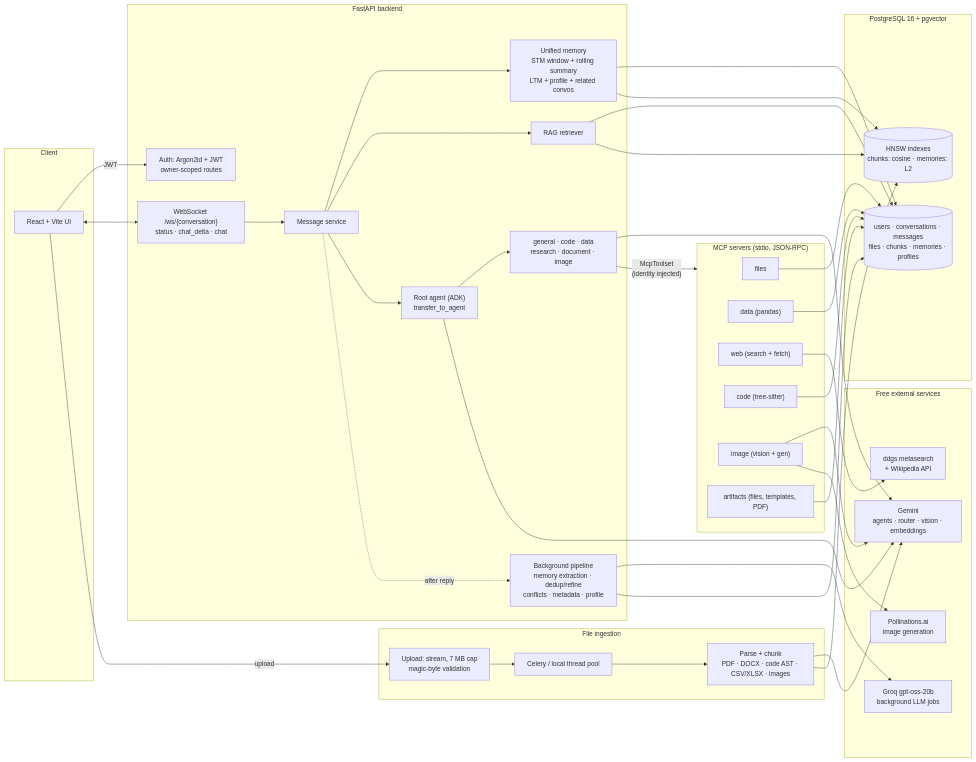
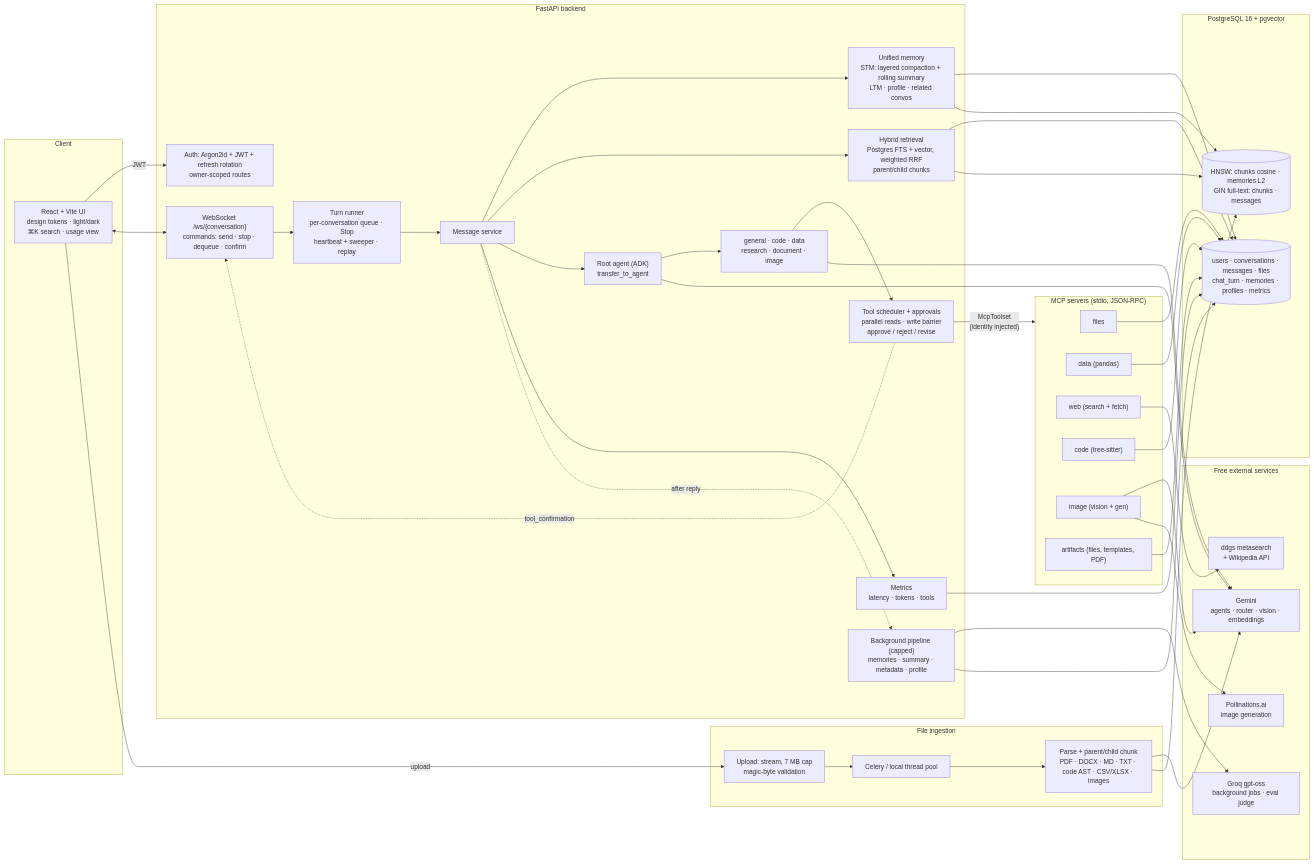
Before and after one commit to Het-Shukla-13/MCP-based-Multi-Agent-AI-System: the first of 2 diagrams in README.md, drawn with Mermaid. The commit also changed other lines of this file and 2 other files, not shown here.

Commit message:
Phase K docs: README (architecture, protocol, quotas, running, layout), frontend README, learning index 41-49

````diff
--- a/README.md
+++ b/README.md
@@ -11,62 +20,67 @@
 ```mermaid
 flowchart LR
     subgraph Client
-        UI["React + Vite UI"]
+        UI["React + Vite UI<br/>design tokens · light/dark<br/>⌘K search · usage view"]
     end
 
     subgraph API["FastAPI backend"]
-        AUTH["Auth: Argon2id + JWT<br/>owner-scoped routes"]
-        WS["WebSocket /ws/{conversation}<br/>status · chat_delta · chat"]
+        AUTH["Auth: Argon2id + JWT + refresh rotation<br/>owner-scoped routes"]
+        WS["WebSocket /ws/{conversation}<br/>commands: send · stop · dequeue · confirm"]
+        TR["Turn runner<br/>per-conversation queue · Stop<br/>heartbeat + sweeper · replay"]
         MSG["Message service"]
-        MEM["Unified memory<br/>STM window + rolling summary<br/>LTM + profile + related convos"]
-        RAG["RAG retriever"]
+        MEM["Unified memory<br/>STM: layered compaction + rolling summary<br/>LTM · profile · related convos"]
+        RAG["Hybrid retrieval<br/>Postgres FTS + vector, weighted RRF<br/>parent/child chunks"]
         ROOT["Root agent (ADK)<br/>transfer_to_agent"]
         AGENTS["general · code · data<br/>research · document · image"]
-        BG["Background pipeline<br/>memory extraction · dedup/refine<br/>conflicts · metadata · profile"]
+        SCHED["Tool scheduler + approvals<br/>parallel reads · write barrier<br/>approve / reject / revise"]
+        MET["Metrics<br/>latency · tokens · tools"]
+        BG["Background pipeline (capped)<br/>memories · summary · metadata · profile"]
     end
 
     subgraph MCP["MCP servers (stdio, JSON-RPC)"]
         FILES["files"]
         DATA["data (pandas)"]
         WEB["web (search + fetch)"]
         CODE["code (tree-sitter)"]
         IMG["image (vision + gen)"]
         ART["artifacts (files, templates, PDF)"]
     end
 
     subgraph Ingest["File ingestion"]
         UP["Upload: stream, 7 MB cap<br/>magic-byte validation"]
         Q["Celery / local thread pool"]
-        PARSE["Parse + chunk<br/>PDF · DOCX · code AST · CSV/XLSX · images"]
+        PARSE["Parse + parent/child chunk<br/>PDF · DOCX · MD · TXT · code AST · CSV/XLSX · images"]
     end
 
     subgraph Store["PostgreSQL 16 + pgvector"]
-        DB[("users · conversations · messages<br/>files · chunks · memories · profiles")]
-        VEC[("HNSW indexes<br/>chunks: cosine · memories: L2")]
+        DB[("users · conversations · messages · files<br/>chat_turn · memories · profiles · metrics")]
+        VEC[("HNSW: chunks cosine · memories L2<br/>GIN full-text: chunks · messages")]
     end
 
     subgraph Ext["Free external services"]
         GEM["Gemini<br/>agents · router · vision · embeddings"]
-        GROQ["Groq gpt-oss-20b<br/>background LLM jobs"]
+        GROQ["Groq gpt-oss<br/>background jobs · eval judge"]
         DDG["ddgs metasearch<br/>+ Wikipedia API"]
         POL["Pollinations.ai<br/>image generation"]
     end
 
     UI -- "JWT" --> AUTH
-    UI <--> WS --> MSG
+    UI <--> WS --> TR --> MSG
     MSG --> MEM & RAG --> DB
-    MSG --> ROOT --> AGENTS
-    AGENTS -- "McpToolset<br/>(identity injected)" --> MCP
+    MSG --> ROOT --> AGENTS --> SCHED
+    SCHED -- "McpToolset<br/>(identity injected)" --> MCP
+    SCHED -. "tool_confirmation" .-> WS
     AGENTS --> GEM
     ROOT --> GEM
+    MSG --> MET --> DB
     MSG -. "after reply" .-> BG --> GROQ
     BG --> DB
     UI -- "upload" --> UP --> Q --> PARSE --> GEM
     PARSE --> VEC
     FILES & DATA & CODE --> DB
     WEB --> DDG
     IMG --> GEM & POL
     ART --> DB
     MEM --> VEC
     RAG --> VEC
 ```
````
